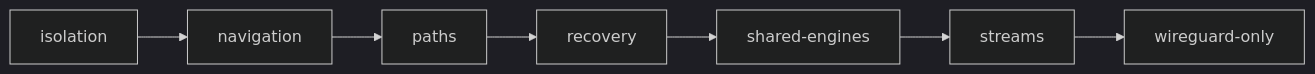
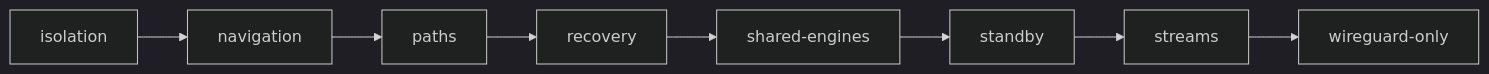
One commit to sergimn/AceSwarm changed the sixth of 12 diagrams in e2e/README.md. Above: the diagram before and after it, drawn with Mermaid (dark theme). The commit also changed other lines of this file and 40 other files, not shown here.

````diff
--- a/e2e/README.md
+++ b/e2e/README.md
@@ -175,4 +175,4 @@
 ```mermaid
 flowchart LR
-  I[isolation] --> N[navigation] --> P[paths] --> R[recovery] --> SE[shared-engines] --> S[streams] --> W[wireguard-only]
+  I[isolation] --> N[navigation] --> P[paths] --> R[recovery] --> SE[shared-engines] --> SB[standby] --> S[streams] --> W[wireguard-only]
 ```
````
